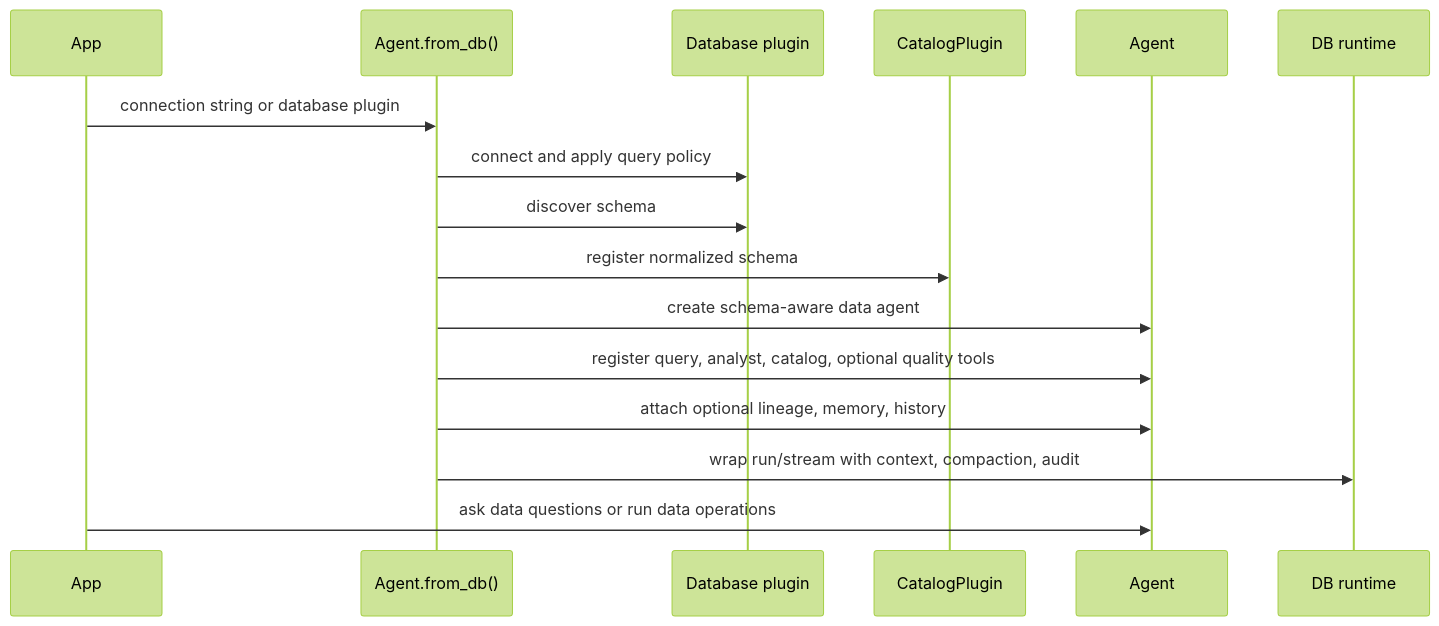
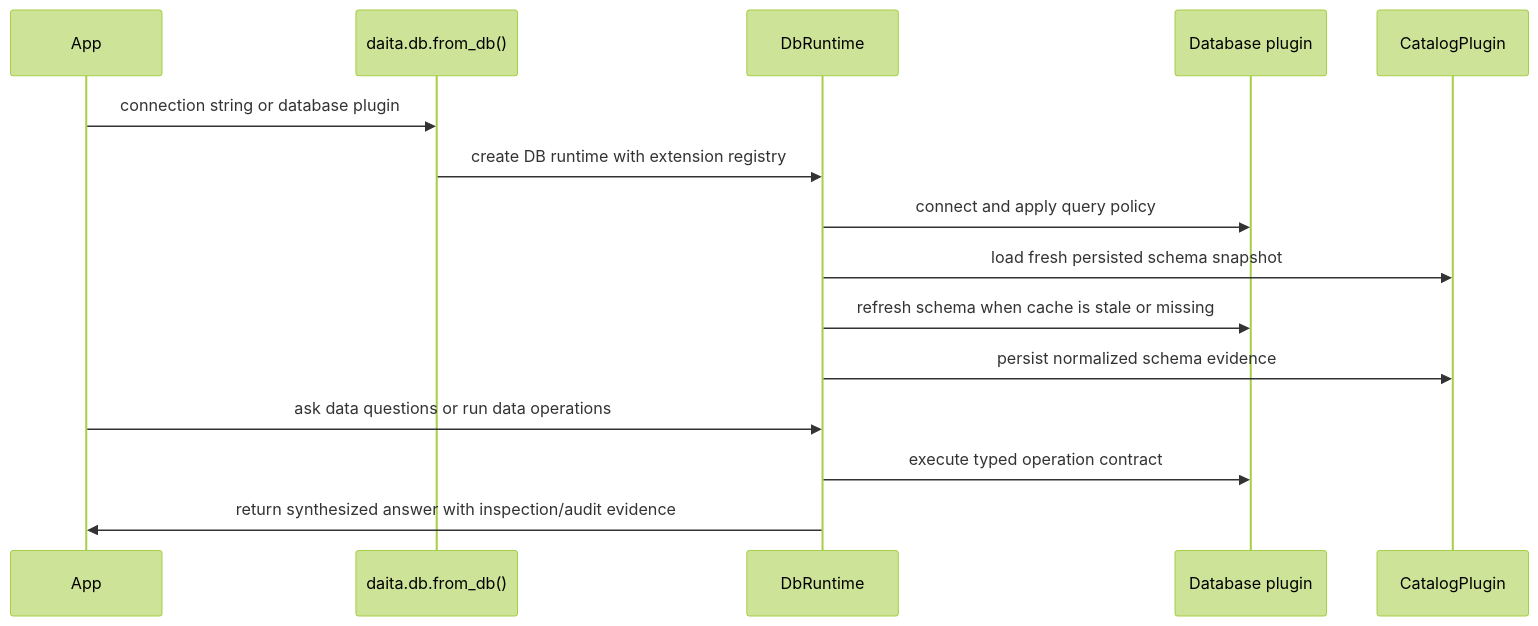
One commit to Daita-Corp/daita-agents changed the second of 2 diagrams in README.md. Above: the diagram before and after it, drawn with Mermaid (forest theme). The commit also changed other lines of this file and 274 other files, not shown here.

Commit message:
architecture direction change

````diff
--- a/README.md
+++ b/README.md
@@ -102,19 +100,18 @@
 ```mermaid
 sequenceDiagram
     participant App
-    participant Builder as Agent.from_db()
+    participant Factory as daita.db.from_db()
+    participant Runtime as DbRuntime
     participant DB as Database plugin
     participant Catalog as CatalogPlugin
-    participant Agent as Agent
-    participant Runtime as DB runtime
 
-    App->>Builder: connection string or database plugin
-    Builder->>DB: connect and apply query policy
-    Builder->>DB: discover schema
-    Builder->>Catalog: register normalized schema
-    Builder->>Agent: create schema-aware data agent
-    Builder->>Agent: register query, analyst, catalog, optional quality tools
-    Builder->>Agent: attach optional lineage, memory, history
-    Builder->>Runtime: wrap run/stream with context, compaction, audit
-    App->>Agent: ask data questions or run data operations
+    App->>Factory: connection string or database plugin
+    Factory->>Runtime: create DB runtime with extension registry
+    Runtime->>DB: connect and apply query policy
+    Runtime->>Catalog: load fresh persisted schema snapshot
+    Runtime->>DB: refresh schema when cache is stale or missing
+    Runtime->>Catalog: persist normalized schema evidence
+    App->>Runtime: ask data questions or run data operations
+    Runtime->>DB: execute typed operation contract
+    Runtime->>App: return synthesized answer with inspection/audit evidence
 ```
````
